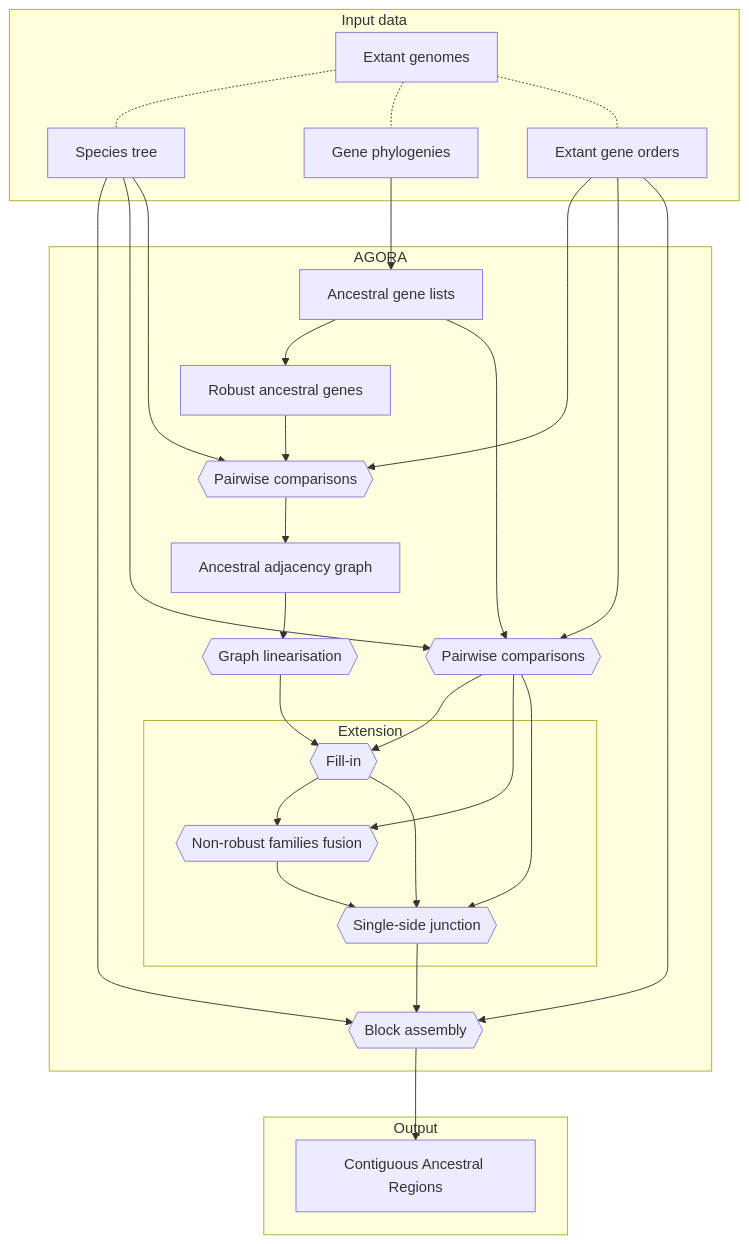
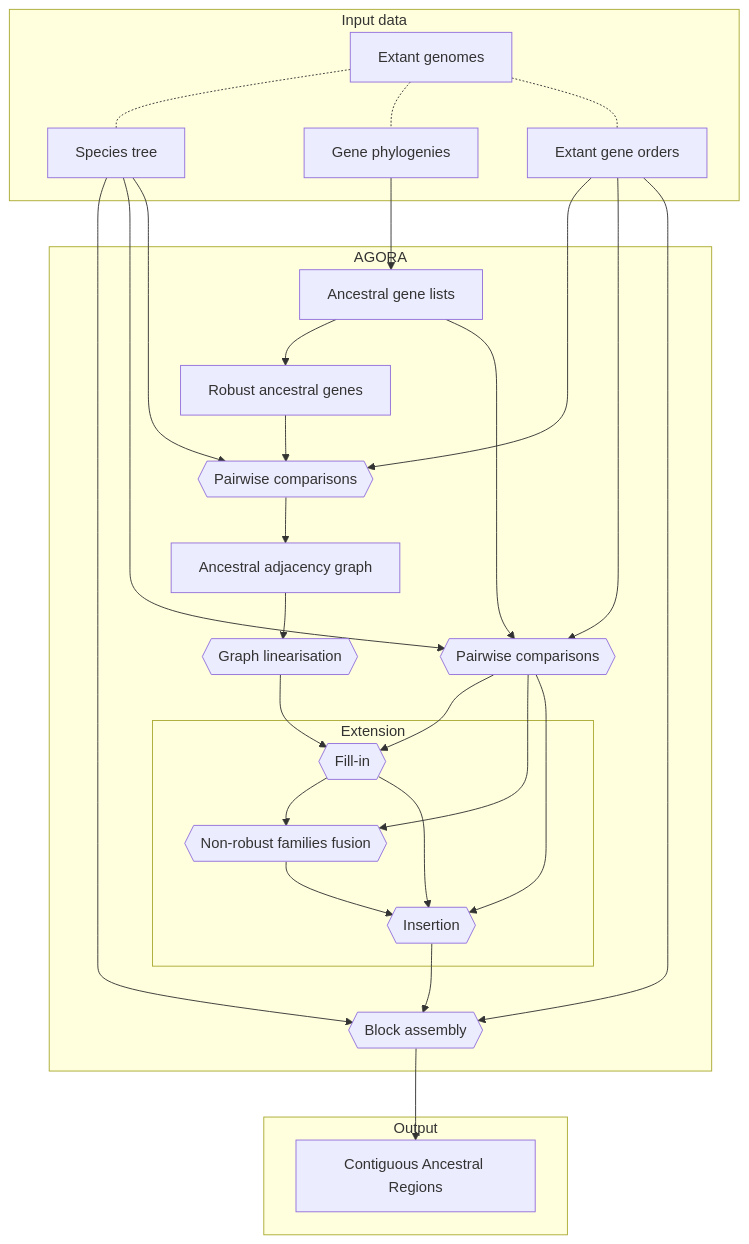
Before and after one commit to DyogenIBENS/Agora: the diagram in doc/agora-vertebrates.mmd, drawn with Mermaid. The commit also changed 8 other files, not shown here.

```diff
--- a/doc/agora-vertebrates.mmd
+++ b/doc/agora-vertebrates.mmd
@@ -1,31 +1,31 @@
 graph TD
   subgraph Input data
     A[Extant genomes]
     B[Species tree]
     C[Gene phylogenies]
     D[Extant gene orders]
   end
   subgraph AGORA
     E[Ancestral gene lists]
     EE[Robust ancestral genes]
     F{{Pairwise comparisons}}
     FF{{Pairwise comparisons}}
     G[Ancestral adjacency graph]
     H{{Graph linearisation}}
     subgraph Extension
       L{{Fill-in}}
       M{{Non-robust families fusion}}
-      N{{Single-side junction}}
+      N{{Insertion}}
     end
     J{{Block assembly}}
   end
   subgraph Output
     K[Contiguous Ancestral Regions]
   end
   A -.- B & C & D
   C --> E
   B --> J & F & FF
   D --> FF & F & J
   E --> EE --> FF --> G --> H --> L --> M --> N --> J --> K
   L --> N
   E --> F --> L & M & N
```
